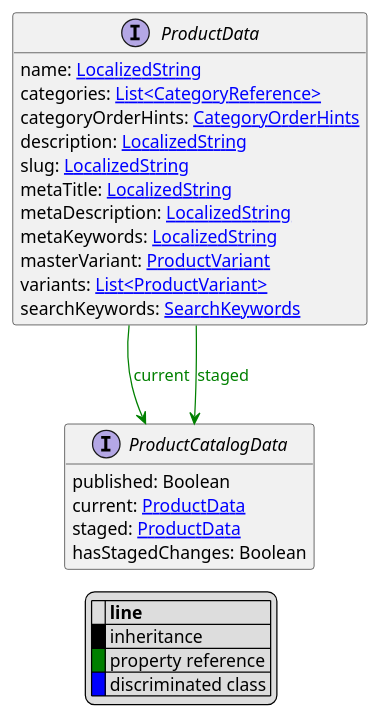
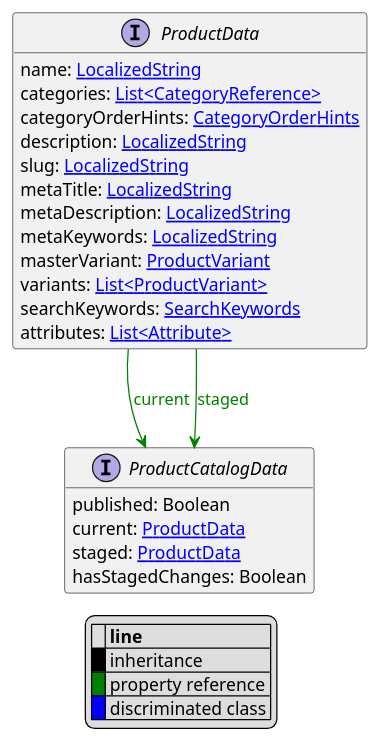
Before and after one commit to commercetools/commercetools-api-reference: the diagram in uml/api/ProductData.puml, drawn with PlantUML. The commit also changed 98 other files, not shown here.

```diff
--- a/uml/api/ProductData.puml
+++ b/uml/api/ProductData.puml
@@ -1,36 +1,37 @@
 @startuml
 
 hide empty fields
 hide empty methods
 legend
 |= |= line |
 |<back:black>   </back>| inheritance |
 |<back:green>   </back>| property reference |
 |<back:blue>   </back>| discriminated class |
 endlegend
 interface ProductData [[ProductData.svg]]  {
     name: [[LocalizedString.svg LocalizedString]]
     categories: [[CategoryReference.svg List<CategoryReference>]]
     categoryOrderHints: [[CategoryOrderHints.svg CategoryOrderHints]]
     description: [[LocalizedString.svg LocalizedString]]
     slug: [[LocalizedString.svg LocalizedString]]
     metaTitle: [[LocalizedString.svg LocalizedString]]
     metaDescription: [[LocalizedString.svg LocalizedString]]
     metaKeywords: [[LocalizedString.svg LocalizedString]]
     masterVariant: [[ProductVariant.svg ProductVariant]]
     variants: [[ProductVariant.svg List<ProductVariant>]]
     searchKeywords: [[SearchKeywords.svg SearchKeywords]]
+    attributes: [[Attribute.svg List<Attribute>]]
 }
 
 
 
 interface ProductCatalogData [[ProductCatalogData.svg]]  {
     published: Boolean
     current: [[ProductData.svg ProductData]]
     staged: [[ProductData.svg ProductData]]
     hasStagedChanges: Boolean
 }
 
 ProductData --> ProductCatalogData #green;text:green : "current"
 ProductData --> ProductCatalogData #green;text:green : "staged"
 @enduml
```
